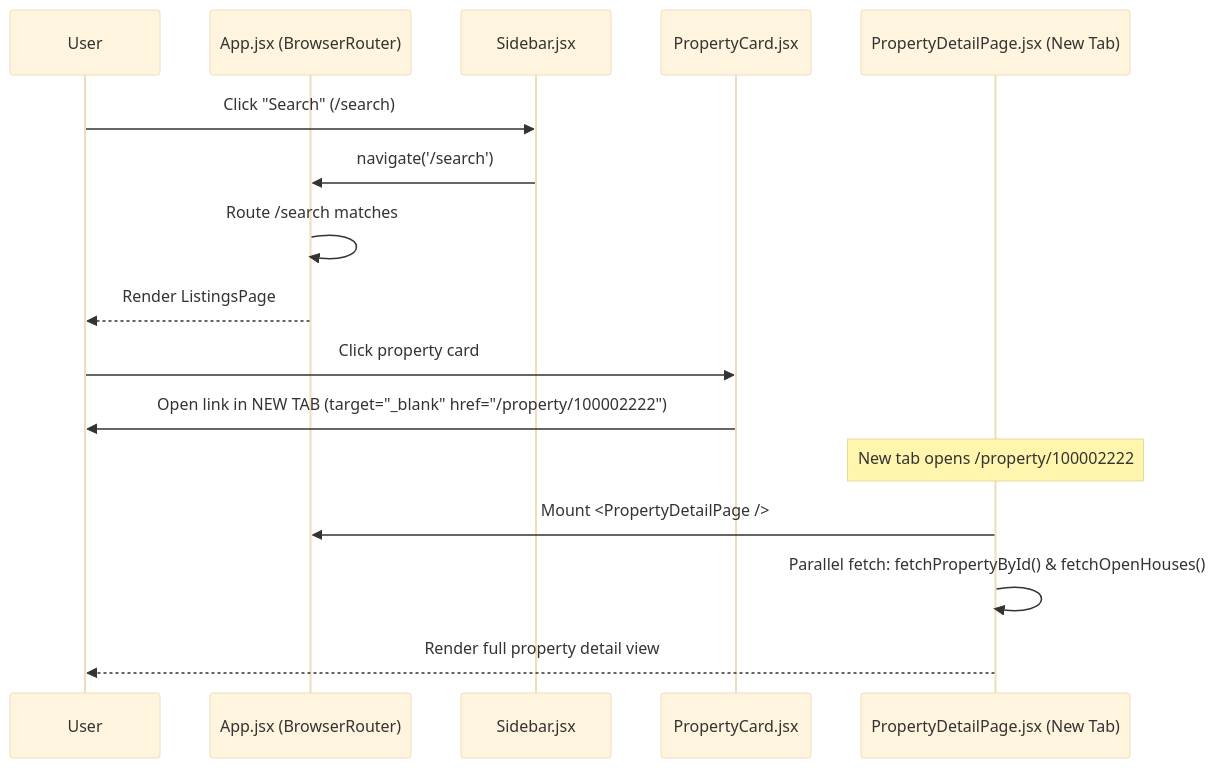
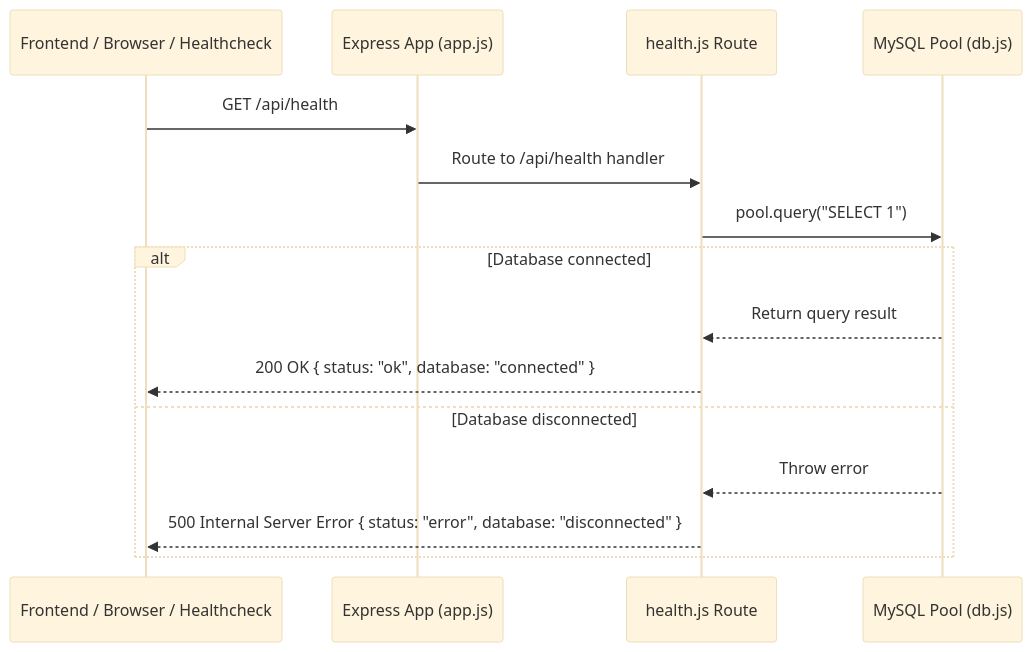
Before and after one commit to Franghias/SDE_Intern_IDXExchange: the second of 6 diagrams in frontend/FLOW.md, drawn with Mermaid (base theme). The commit also changed other lines of this file and 58 other files, not shown here.

````diff
--- a/frontend/FLOW.md
+++ b/frontend/FLOW.md
@@ -79,20 +88,18 @@
 ```mermaid
 sequenceDiagram
-    participant User
-    participant App as App.jsx (BrowserRouter)
-    participant Sidebar as Sidebar.jsx
-    participant Card as PropertyCard.jsx
-    participant DetailPage as PropertyDetailPage.jsx (New Tab)
+    participant Client as Frontend / Browser / Healthcheck
+    participant Express as Express App (app.js)
+    participant Route as health.js Route
+    participant DB as MySQL Pool (db.js)
 
-    User->>Sidebar: Click "Search" (/search)
-    Sidebar->>App: navigate('/search')
-    App->>App: Route /search matches
-    App-->>User: Render ListingsPage
-
-    User->>Card: Click property card
-    Card->>User: Open link in NEW TAB (target="_blank" href="/property/100002222")
-    Note over DetailPage: New tab opens /property/100002222
-    DetailPage->>App: Mount <PropertyDetailPage />
-    DetailPage->>DetailPage: Parallel fetch: fetchPropertyById() & fetchOpenHouses()
-    DetailPage-->>User: Render full property detail view
+    Client->>Express: GET /api/health
+    Express->>Route: Route to /api/health handler
+    Route->>DB: pool.query("SELECT 1")
+    alt Database connected
+        DB-->>Route: Return query result
+        Route-->>Client: 200 OK { status: "ok", database: "connected" }
+    else Database disconnected
+        DB-->>Route: Throw error
+        Route-->>Client: 500 Internal Server Error { status: "error", database: "disconnected" }
+    end
 ```
````
